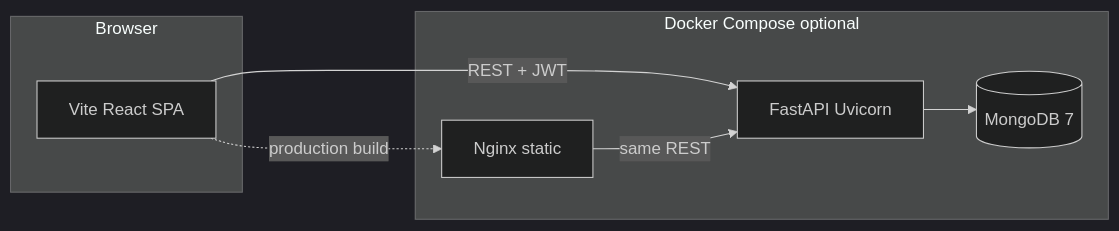
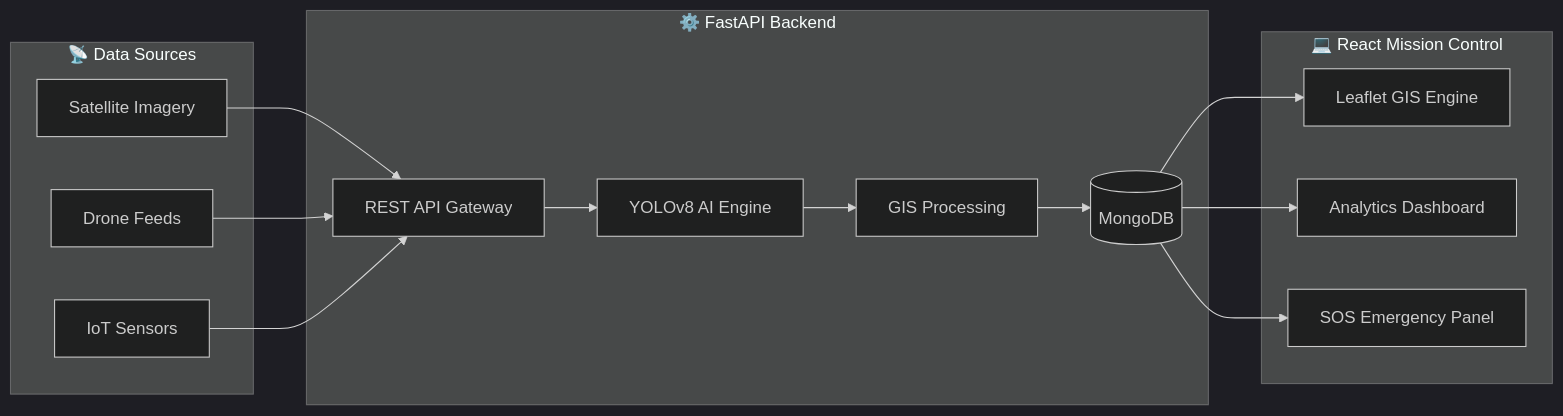
One commit to yugankfatehpuria4/RailVision changed the diagram in README.md. Above: the diagram before and after it, drawn with Mermaid (dark theme). The commit also changed other lines of this file, not shown here.

````diff
--- a/README.md
+++ b/README.md
@@ -5,15 +194,34 @@
 ```mermaid
 flowchart LR
-  subgraph client [Browser]
-    UI[Vite React SPA]
+
+  subgraph INPUTS [📡 Data Sources]
+    SAT[Satellite Imagery]
+    DRONE[Drone Feeds]
+    SENSOR[IoT Sensors]
   end
-  subgraph stack [Docker Compose optional]
-    NG[Nginx static]
-    API[FastAPI Uvicorn]
-    DB[(MongoDB 7)]
+
+  subgraph BACKEND [⚙️ FastAPI Backend]
+    API[REST API Gateway]
+    AI[YOLOv8 AI Engine]
+    GIS[GIS Processing]
+    DB[(MongoDB)]
   end
-  UI -->|REST + JWT| API
-  API --> DB
-  UI -.->|production build| NG
-  NG -->|same REST| API
+
+  subgraph FRONTEND [💻 React Mission Control]
+    MAP[Leaflet GIS Engine]
+    DASH[Analytics Dashboard]
+    ALERT[SOS Emergency Panel]
+  end
+
+  SAT --> API
+  DRONE --> API
+  SENSOR --> API
+
+  API --> AI
+  AI --> GIS
+  GIS --> DB
+
+  DB --> DASH
+  DB --> MAP
+  DB --> ALERT
 ```
````
